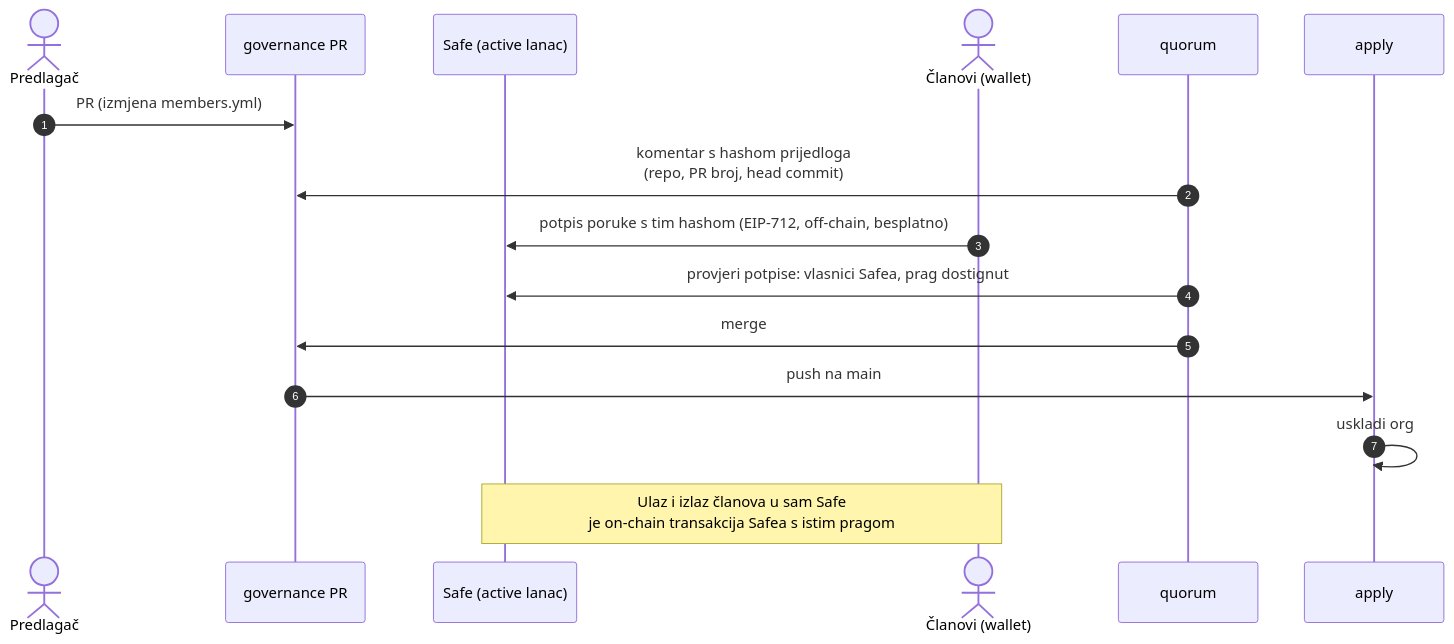
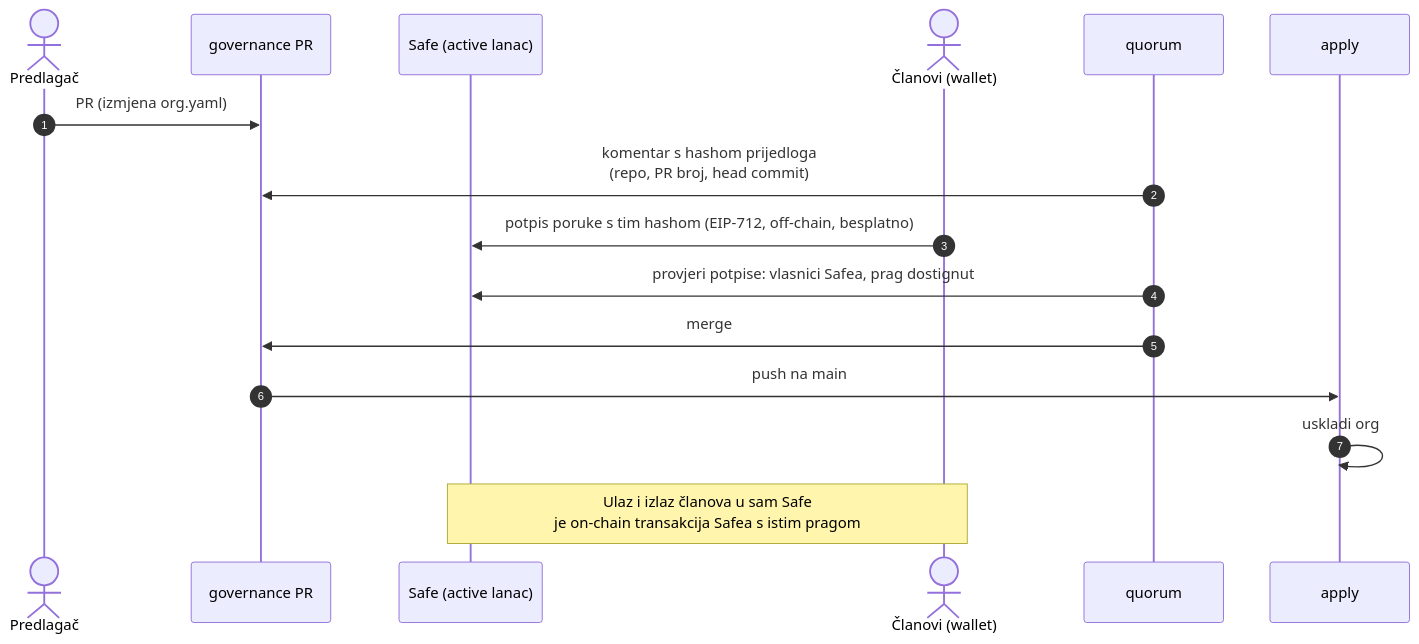
Diagram 12 of 14 in docs/arhitektura.md (catholicit/governance), drawn with Mermaid before and after one commit. The commit also changed other lines of this file and 11 other files, not shown here.

````diff
--- a/docs/arhitektura.md
+++ b/docs/arhitektura.md
@@ -410,19 +468,19 @@
 ```mermaid
 sequenceDiagram
     autonumber
     actor P as Predlagač
     participant GH as governance PR
     participant S as Safe (active lanac)
     actor V as Članovi (wallet)
     participant Q as quorum
     participant A as apply
 
-    P->>GH: PR (izmjena members.yml)
+    P->>GH: PR (izmjena org.yaml)
     Q->>GH: komentar s hashom prijedloga<br/>(repo, PR broj, head commit)
     V->>S: potpis poruke s tim hashom (EIP-712, off-chain, besplatno)
     Q->>S: provjeri potpise: vlasnici Safea, prag dostignut
     Q->>GH: merge
     GH->>A: push na main
     A->>A: uskladi org
     Note over V,S: Ulaz i izlaz članova u sam Safe<br/>je on-chain transakcija Safea s istim pragom
 ```
````
